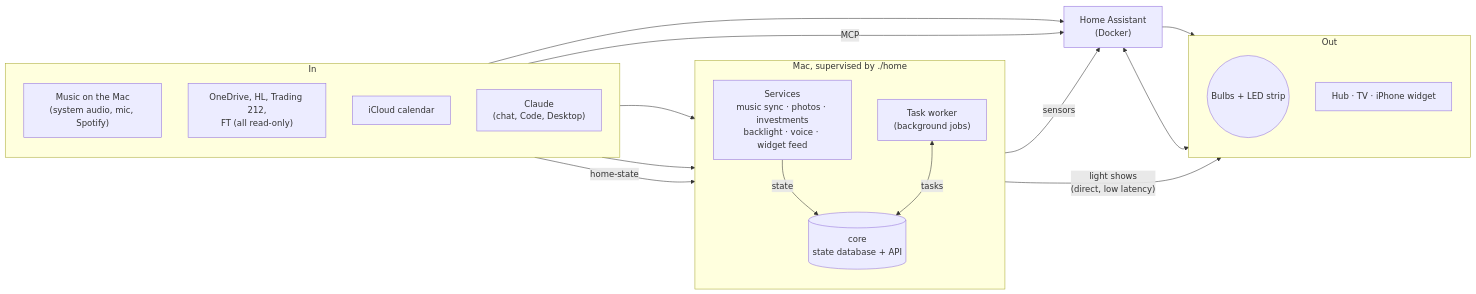
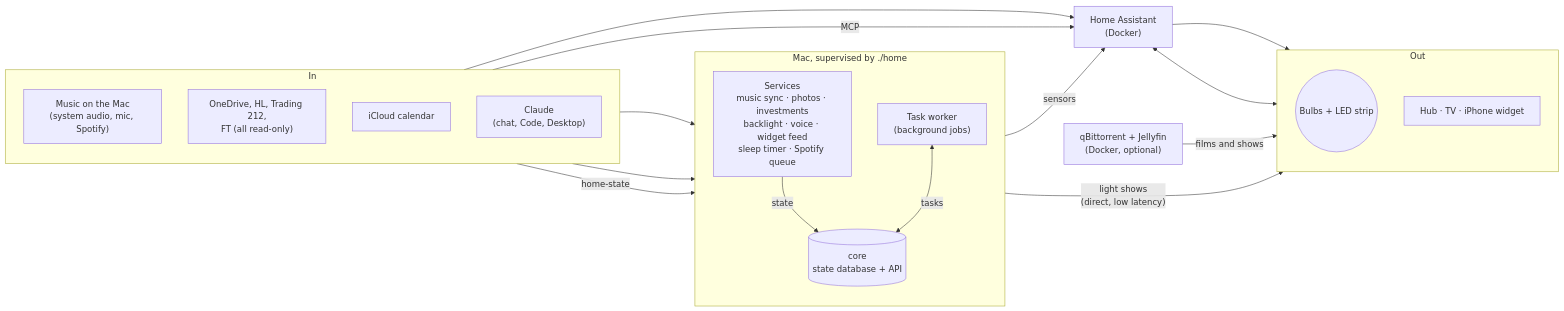
The diagram in README.md (sidharrth2002/home-automation), drawn with Mermaid before and after one commit. The commit also changed other lines of this file and 1 other file, not shown here.

````diff
--- a/README.md
+++ b/README.md
@@ -113,33 +117,35 @@
 ```mermaid
 flowchart LR
     subgraph inputs["In"]
         direction TB
         music["Music on the Mac<br/>(system audio, mic, Spotify)"]
         feeds["OneDrive, HL, Trading 212,<br/>FT (all read-only)"]
         calendar["iCloud calendar"]
         claude["Claude<br/>(chat, Code, Desktop)"]
     end
     subgraph mac["Mac, supervised by ./home"]
         direction TB
-        services["Services<br/>music sync · photos · investments<br/>backlight · voice · widget feed"]
+        services["Services<br/>music sync · photos · investments<br/>backlight · voice · widget feed<br/>sleep timer · Spotify queue"]
         core[("core<br/>state database + API")]
         worker["Task worker<br/>(background jobs)"]
         services -->|"state"| core
         worker <-->|"tasks"| core
     end
     ha["Home Assistant<br/>(Docker)"]
+    media["qBittorrent + Jellyfin<br/>(Docker, optional)"]
     subgraph out["Out"]
         direction TB
         lights(("Bulbs + LED strip"))
         screens["Hub · TV · iPhone widget"]
     end
     music --> services
     feeds --> services
     calendar --> ha
     claude -->|"home-state"| core
     claude -->|"MCP"| ha
     core -->|"sensors"| ha
     services -->|"light shows<br/>(direct, low latency)"| lights
     ha --> lights
     ha <--> screens
+    media -->|"films and shows"| screens
 ```
````
